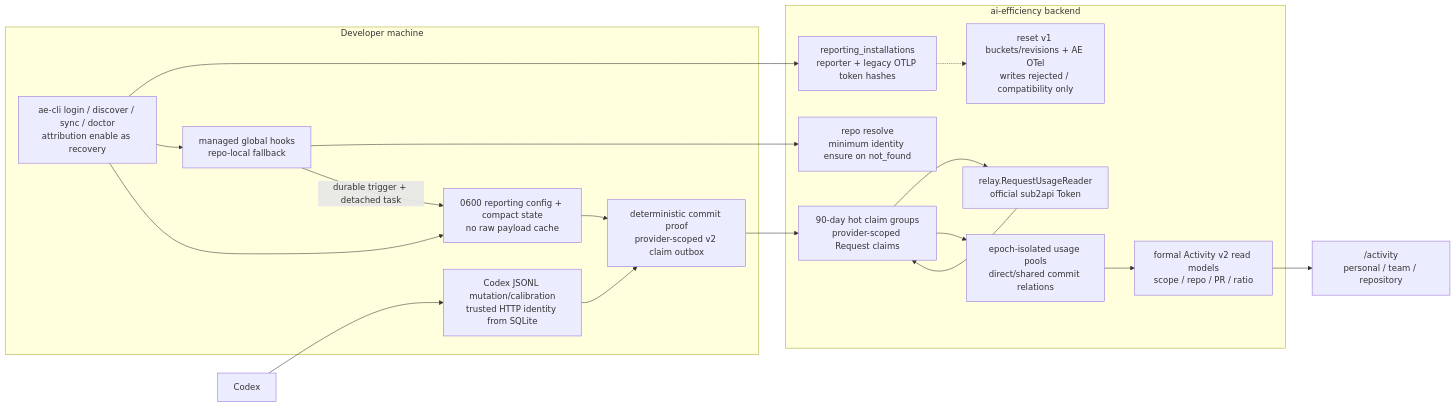
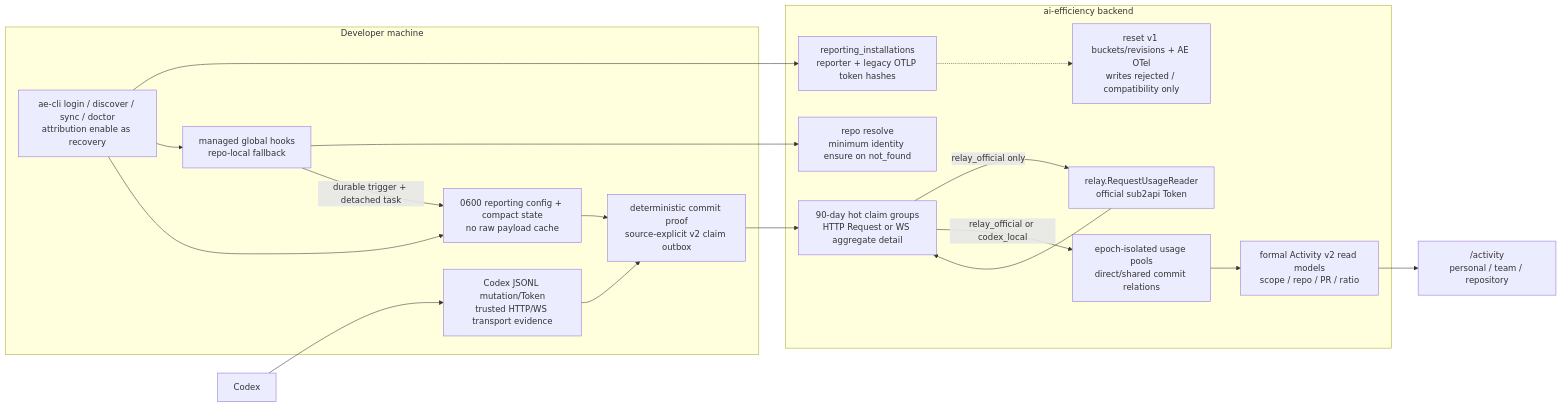
The fourth of 4 diagrams in docs/architecture.md (LichKing-2234/ai-efficiency), drawn with Mermaid before and after one commit. The commit also changed other lines of this file and 22 other files, not shown here.

Commit message:
feat(attribution): support WebSocket local Token

````diff
--- a/docs/architecture.md
+++ b/docs/architecture.md
@@ -707,40 +713,40 @@
 ```mermaid
 flowchart LR
     Codex["Codex"]
 
     subgraph Local["Developer machine"]
         CLI["ae-cli login / discover / sync / doctor<br/>attribution enable as recovery"]
         Hooks["managed global hooks<br/>repo-local fallback"]
-        Evidence["Codex JSONL mutation/calibration<br/>trusted HTTP identity from SQLite"]
-        Claims["deterministic commit proof<br/>provider-scoped v2 claim outbox"]
+        Evidence["Codex JSONL mutation/Token<br/>trusted HTTP/WS transport evidence"]
+        Claims["deterministic commit proof<br/>source-explicit v2 claim outbox"]
         State["0600 reporting config + compact state<br/>no raw payload cache"]
     end
 
     subgraph Backend["ai-efficiency backend"]
         Install["reporting_installations<br/>reporter + legacy OTLP token hashes"]
         Resolve["repo resolve<br/>minimum identity ensure on not_found"]
-        Hot["90-day hot claim groups<br/>provider-scoped Request claims"]
+        Hot["90-day hot claim groups<br/>HTTP Request or WS aggregate detail"]
         Relay["relay.RequestUsageReader<br/>official sub2api Token"]
         Pools["epoch-isolated usage pools<br/>direct/shared commit relations"]
         Legacy["reset v1 buckets/revisions + AE OTel<br/>writes rejected / compatibility only"]
         Activity["formal Activity v2 read models<br/>scope / repo / PR / ratio"]
     end
 
     UI["/activity<br/>personal / team / repository"]
 
     CLI --> Install
     CLI --> Hooks
     CLI --> State
     Codex --> Evidence
     Hooks --> Resolve
     Hooks -->|"durable trigger + detached task"| State
     State --> Claims
     Evidence --> Claims
     Claims --> Hot
-    Hot --> Relay
+    Hot -->|"relay_official only"| Relay
     Relay --> Hot
-    Hot --> Pools
+    Hot -->|"relay_official or codex_local"| Pools
     Install -.-> Legacy
     Pools --> Activity
     Activity --> UI
 ```
````
